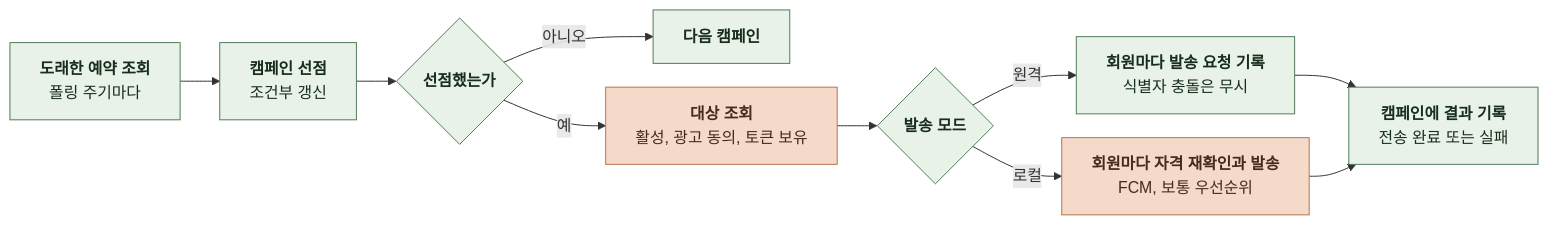
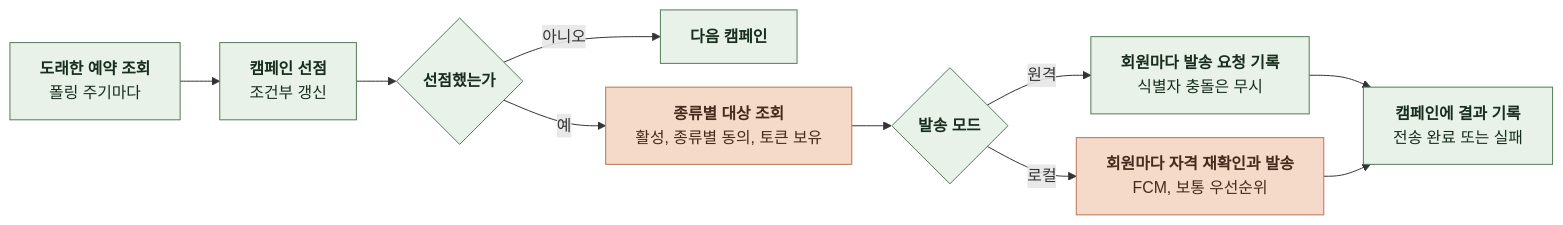
One commit to KIM-N-KANG/knk-harness changed the eighth of 15 diagrams in docs/domain/NOTIFICATION/BACKEND/4-1-PIPELINES.md. Above: the diagram before and after it, drawn with Mermaid. The commit also changed other lines of this file and 90 other files, not shown here.

````diff
--- a/docs/domain/NOTIFICATION/BACKEND/4-1-PIPELINES.md
+++ b/docs/domain/NOTIFICATION/BACKEND/4-1-PIPELINES.md
@@ -226,23 +230,23 @@
 ```mermaid
 %%{init: {"flowchart": {"curve": "basis", "nodeSpacing": 24, "rankSpacing": 40}}}%%
 flowchart LR
     A["`**도래한 예약 조회**
 폴링 주기마다`"] --> B["`**캠페인 선점**
 조건부 갱신`"]
     B --> C{"`**선점했는가**`"}
     C -->|아니오| X["`**다음 캠페인**`"]
-    C -->|예| D["`**대상 조회**
-활성, 광고 동의, 토큰 보유`"]
+    C -->|예| D["`**종류별 대상 조회**
+활성, 종류별 동의, 토큰 보유`"]
     D --> E{"`**발송 모드**`"}
     E -->|원격| F["`**회원마다 발송 요청 기록**
 식별자 충돌은 무시`"]
     E -->|로컬| H["`**회원마다 자격 재확인과 발송**
 FCM, 보통 우선순위`"]
     F --> G["`**캠페인에 결과 기록**
 전송 완료 또는 실패`"]
     H --> G
     classDef comp fill:#E8F2E8,stroke:#527A59,color:#182D1D
     classDef task fill:#F5D9C9,stroke:#B97450,color:#452B1D
     class A,B,C,E,F,G,X comp
     class D,H task
 ```
````
